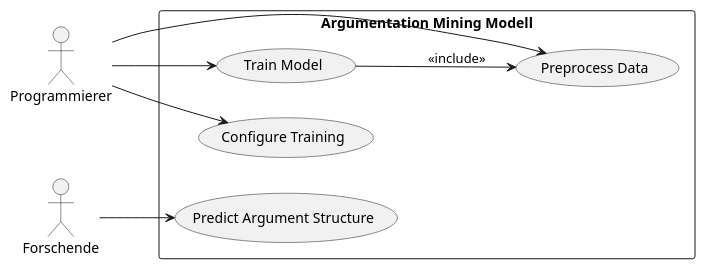
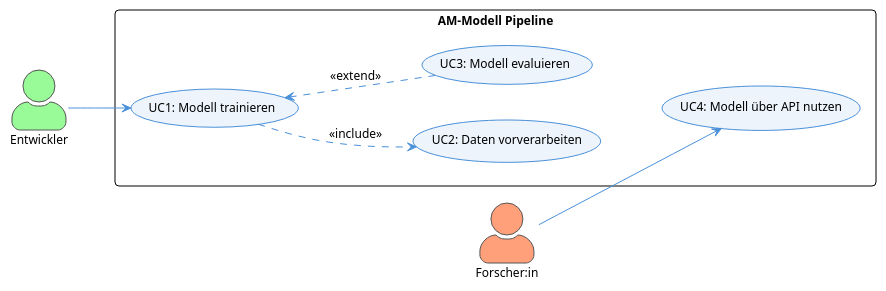
Before and after one commit to felixdrescher/german_am_modell: the diagram in documentation/model/use-case.plantuml, drawn with PlantUML. The commit also changed 4 other files, not shown here.

```diff
--- a/documentation/model/use-case.plantuml
+++ b/documentation/model/use-case.plantuml
@@ -1,23 +1,49 @@
-@startuml Use-Case
+@startuml Use-Case Modell
+!theme plain
+skinparam defaultFontName Arial
+skinparam defaultFontSize 12
+skinparam roundcorner 8
+skinparam actorStyle awesome
+
+skinparam usecase {
+    BackgroundColor #EEF4FB
+    BorderColor #4A90D9
+    ArrowColor #4A90D9
+}
+skinparam actor {
+    BackgroundColor #FAFAFA
+    BorderColor #555
+}
+
 left to right direction
 
-actor "Programmierer" as FE
-actor "Forschende" as FO
+' ── Akteure ──────────────────────────────────────────────
+actor "Entwickler" as DEV #PaleGreen
+actor "Forscher:in" as RES #LightSalmon
 
-rectangle "Argumentation Mining Modell" {
-
-  usecase "Train Model" as UC1
-  usecase "Preprocess Data" as UC2
-  usecase "Configure Training" as UC3
-  usecase "Predict Argument Structure" as UC4
-
-  UC1 --> UC2 : <<include>>
+' ── Use Cases ─────────────────────────────────────────────
+rectangle "AM-Modell Pipeline" {
+    usecase "UC1: Modell trainieren" as UC1
+    usecase "UC2: Daten vorverarbeiten" as UC2
+    usecase "UC3: Modell evaluieren" as UC3
+    usecase "UC4: Modell über API nutzen" as UC4
+    
+    ' Layout-Stabilisierung (Hidden Links)
+    UC2 -[hidden]down-> UC1
+    UC1 -[hidden]down-> UC3
+    UC3 -[hidden]down-> UC4
 }
 
-FE --> UC1
-FE --> UC3
-FE --> UC2
+' ── Beziehungen ───────────────────────────────────────────
+' Akteure mit ihren primären Zielen
+DEV --> UC1
+RES --> UC4
 
-FO --> UC4
+' Fachliche Abhängigkeiten
+' UC1 benötigt zwingend UC2
+UC1 ..> UC2 : <<include>>
+
+' Optionale Erweiterungen (vom erweiternden UC zum Basis-UC)
+UC3 ..> UC1 : <<extend>>
 
 @enduml
```
